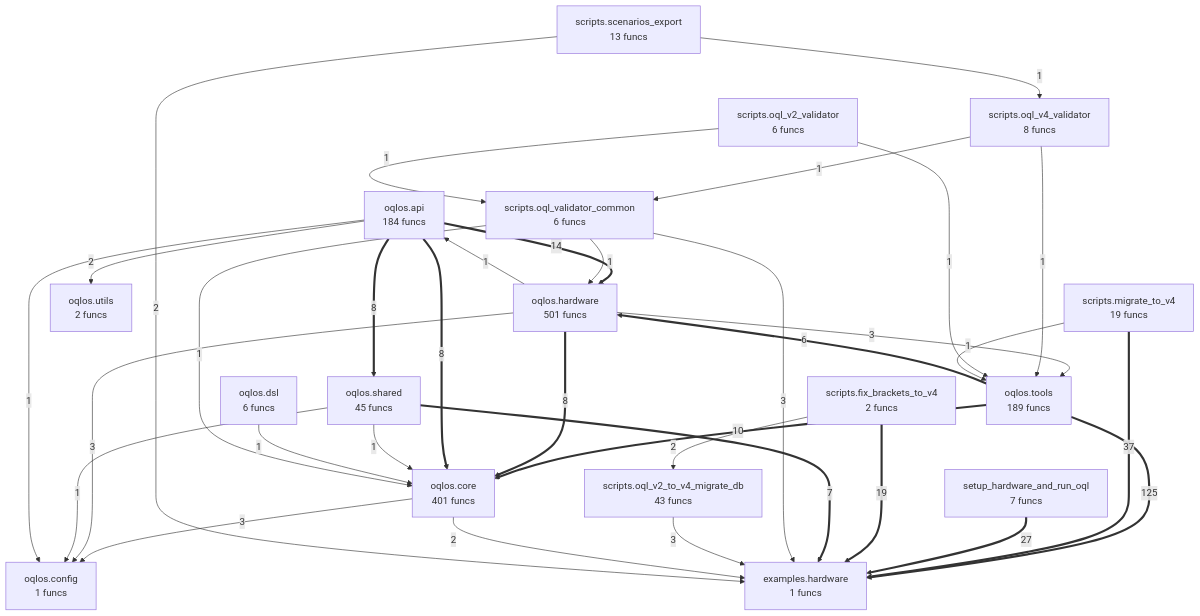
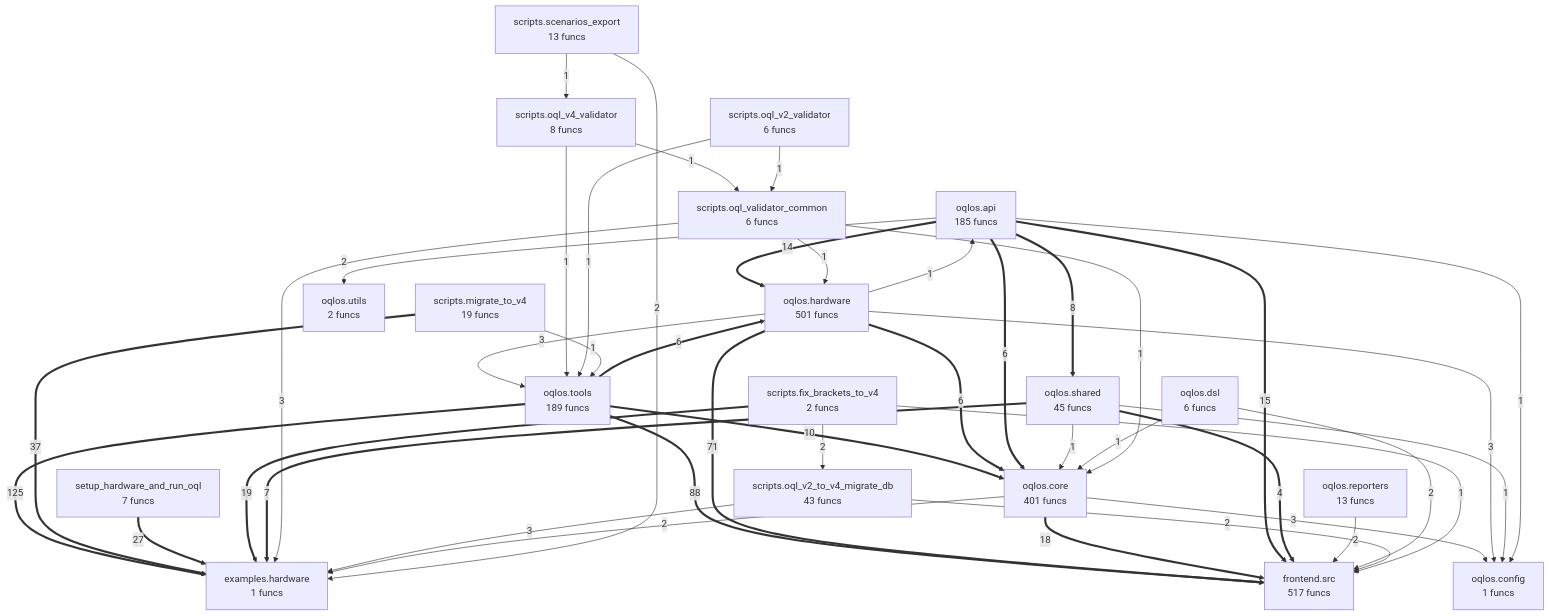
One commit to oqlos/oqlos changed the diagram in project/compact_flow.mmd. Above: the diagram before and after it, drawn with Mermaid. The commit also changed 76 other files, not shown here.

```diff
--- a/project/compact_flow.mmd
+++ b/project/compact_flow.mmd
@@ -1,52 +1,63 @@
 flowchart TD
-%% generated in 0.03s
+%% generated in 0.06s
     examples__hardware["examples.hardware<br/>1 funcs"]
-    oqlos__api["oqlos.api<br/>184 funcs"]
+    frontend__src["frontend.src<br/>517 funcs"]
+    oqlos__api["oqlos.api<br/>185 funcs"]
     oqlos__config["oqlos.config<br/>1 funcs"]
     oqlos__core["oqlos.core<br/>401 funcs"]
     oqlos__dsl["oqlos.dsl<br/>6 funcs"]
     oqlos__hardware["oqlos.hardware<br/>501 funcs"]
+    oqlos__reporters["oqlos.reporters<br/>13 funcs"]
     oqlos__shared["oqlos.shared<br/>45 funcs"]
     oqlos__tools["oqlos.tools<br/>189 funcs"]
     oqlos__utils["oqlos.utils<br/>2 funcs"]
     scripts__fix_brackets_to_v4["scripts.fix_brackets_to_v4<br/>2 funcs"]
     scripts__migrate_to_v4["scripts.migrate_to_v4<br/>19 funcs"]
     scripts__oql_v2_to_v4_migrate_db["scripts.oql_v2_to_v4_migrate_db<br/>43 funcs"]
     scripts__oql_v2_validator["scripts.oql_v2_validator<br/>6 funcs"]
     scripts__oql_v4_validator["scripts.oql_v4_validator<br/>8 funcs"]
     scripts__oql_validator_common["scripts.oql_validator_common<br/>6 funcs"]
     scripts__scenarios_export["scripts.scenarios_export<br/>13 funcs"]
     setup_hardware_and_run_oql["setup_hardware_and_run_oql<br/>7 funcs"]
     oqlos__tools ==>|125| examples__hardware
+    oqlos__tools ==>|88| frontend__src
+    oqlos__hardware ==>|71| frontend__src
     scripts__migrate_to_v4 ==>|37| examples__hardware
     setup_hardware_and_run_oql ==>|27| examples__hardware
     scripts__fix_brackets_to_v4 ==>|19| examples__hardware
+    oqlos__core ==>|18| frontend__src
+    oqlos__api ==>|15| frontend__src
     oqlos__api ==>|14| oqlos__hardware
     oqlos__tools ==>|10| oqlos__core
-    oqlos__hardware ==>|8| oqlos__core
-    oqlos__api ==>|8| oqlos__core
     oqlos__api ==>|8| oqlos__shared
     oqlos__shared ==>|7| examples__hardware
     oqlos__tools ==>|6| oqlos__hardware
+    oqlos__hardware ==>|6| oqlos__core
+    oqlos__api ==>|6| oqlos__core
+    oqlos__shared ==>|4| frontend__src
     oqlos__core -->|3| oqlos__config
     oqlos__hardware -->|3| oqlos__config
     oqlos__hardware -->|3| oqlos__tools
     scripts__oql_validator_common -->|3| examples__hardware
     scripts__oql_v2_to_v4_migrate_db -->|3| examples__hardware
     oqlos__core -->|2| examples__hardware
+    oqlos__reporters -->|2| frontend__src
     oqlos__api -->|2| oqlos__utils
+    oqlos__dsl -->|2| frontend__src
     scripts__fix_brackets_to_v4 -->|2| scripts__oql_v2_to_v4_migrate_db
+    scripts__oql_v2_to_v4_migrate_db -->|2| frontend__src
     scripts__scenarios_export -->|2| examples__hardware
     oqlos__hardware -->|1| oqlos__api
     oqlos__shared -->|1| oqlos__core
     oqlos__shared -->|1| oqlos__config
     oqlos__api -->|1| oqlos__config
     oqlos__dsl -->|1| oqlos__core
     scripts__oql_validator_common -->|1| oqlos__core
     scripts__oql_validator_common -->|1| oqlos__hardware
     scripts__oql_v4_validator -->|1| oqlos__tools
     scripts__oql_v4_validator -->|1| scripts__oql_validator_common
+    scripts__fix_brackets_to_v4 -->|1| frontend__src
     scripts__oql_v2_validator -->|1| oqlos__tools
     scripts__oql_v2_validator -->|1| scripts__oql_validator_common
     scripts__migrate_to_v4 -->|1| oqlos__tools
     scripts__scenarios_export -->|1| scripts__oql_v4_validator
```
